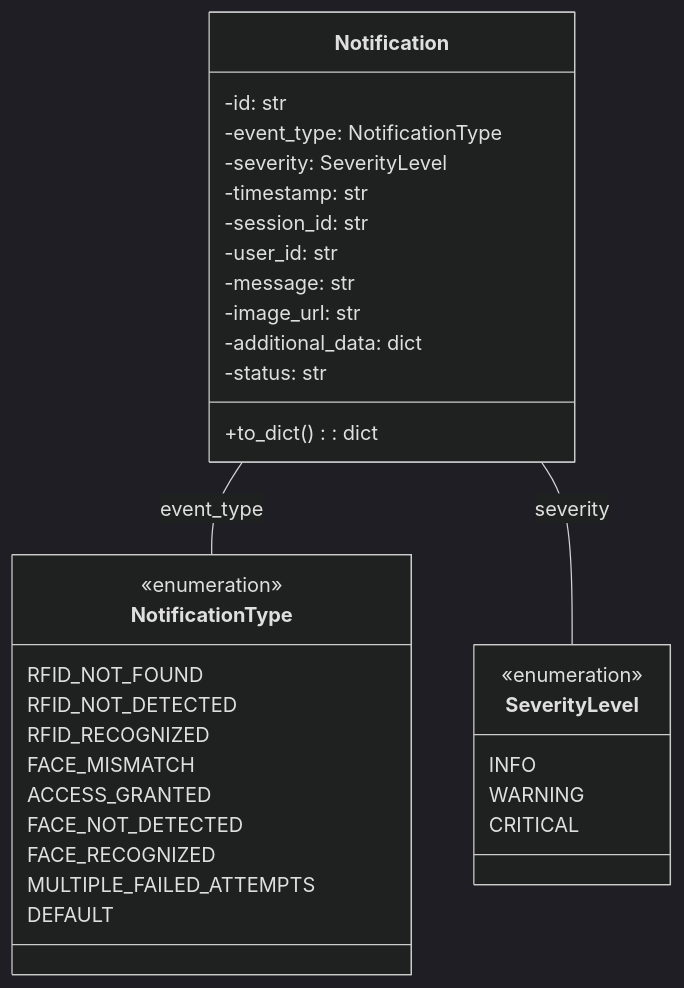
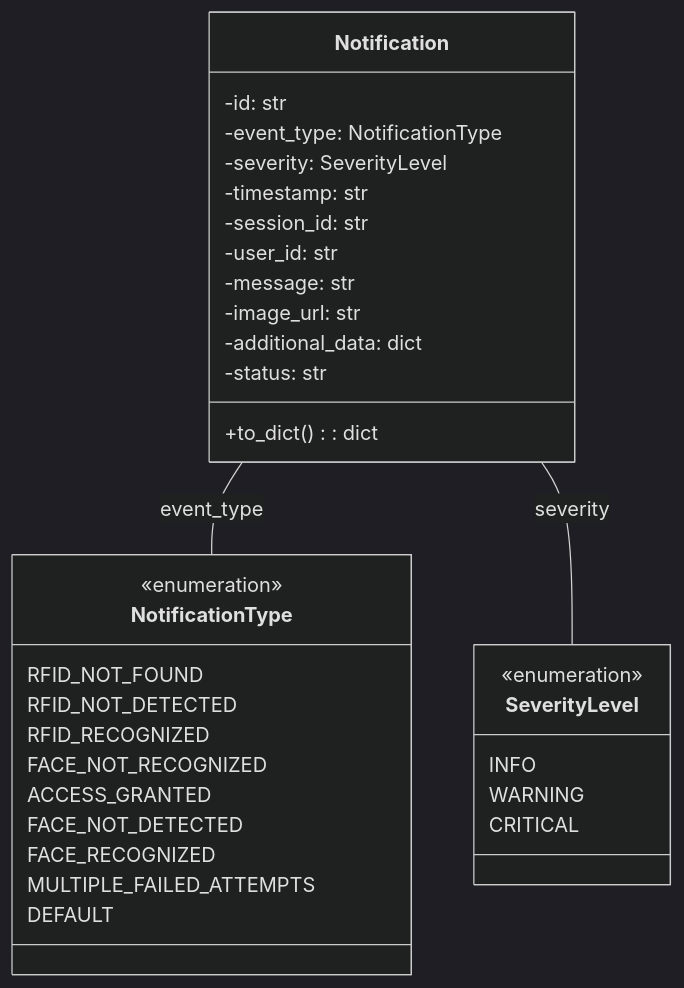
One commit to KalebCole/Campus-Security-and-Evacuation-System changed the first of 3 diagrams in diagrams/notification_diagrams.md. Above: the diagram before and after it, drawn with Mermaid (dark theme). The commit also changed 8 other files, not shown here.

````diff
--- a/diagrams/notification_diagrams.md
+++ b/diagrams/notification_diagrams.md
@@ -3,39 +3,39 @@
 ```mermaid
 classDiagram
     class Notification {
         -id: str
         -event_type: NotificationType
         -severity: SeverityLevel
         -timestamp: str
         -session_id: str
         -user_id: str
         -message: str
         -image_url: str
         -additional_data: dict
         -status: str
         +to_dict(): dict
     }
 
     class NotificationType {
         <<enumeration>>
         RFID_NOT_FOUND
         RFID_NOT_DETECTED
         RFID_RECOGNIZED
-        FACE_MISMATCH
+        FACE_NOT_RECOGNIZED
         ACCESS_GRANTED
         FACE_NOT_DETECTED
         FACE_RECOGNIZED
         MULTIPLE_FAILED_ATTEMPTS
         DEFAULT
     }
 
     class SeverityLevel {
         <<enumeration>>
         INFO
         WARNING
         CRITICAL
     }
 
     Notification -- NotificationType : event_type
     Notification -- SeverityLevel : severity
 ```
````
